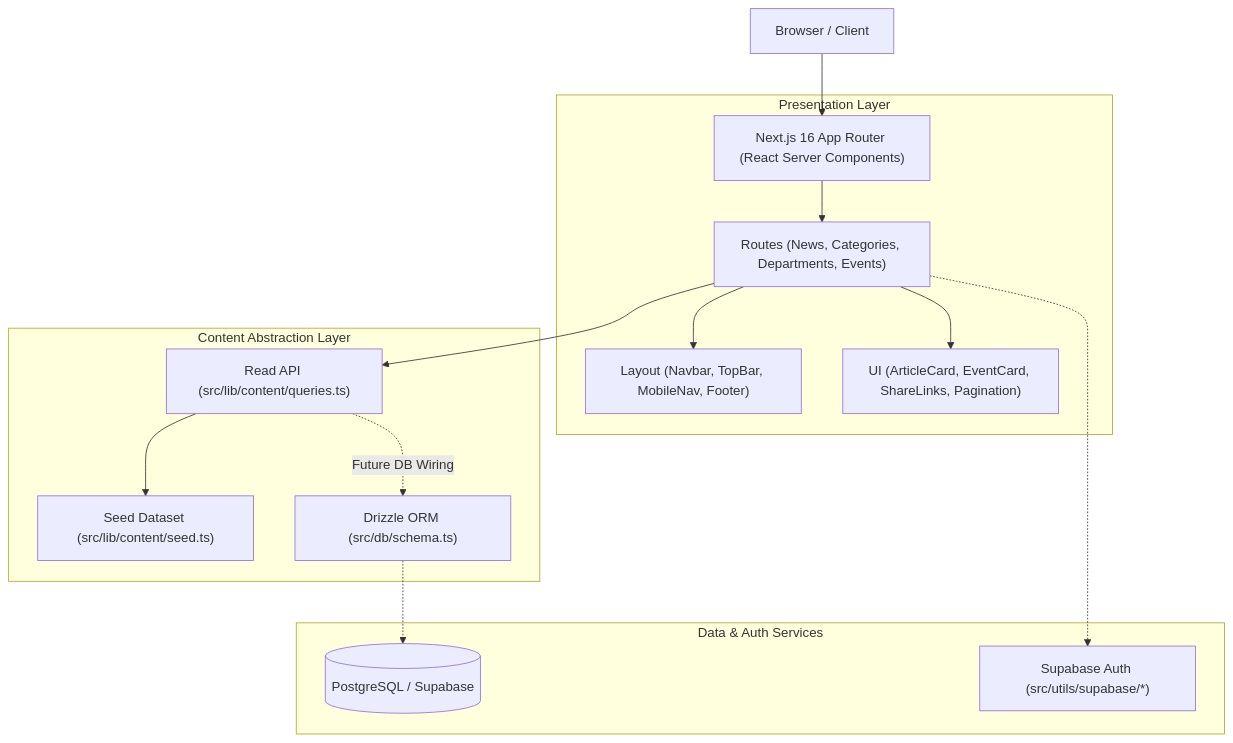
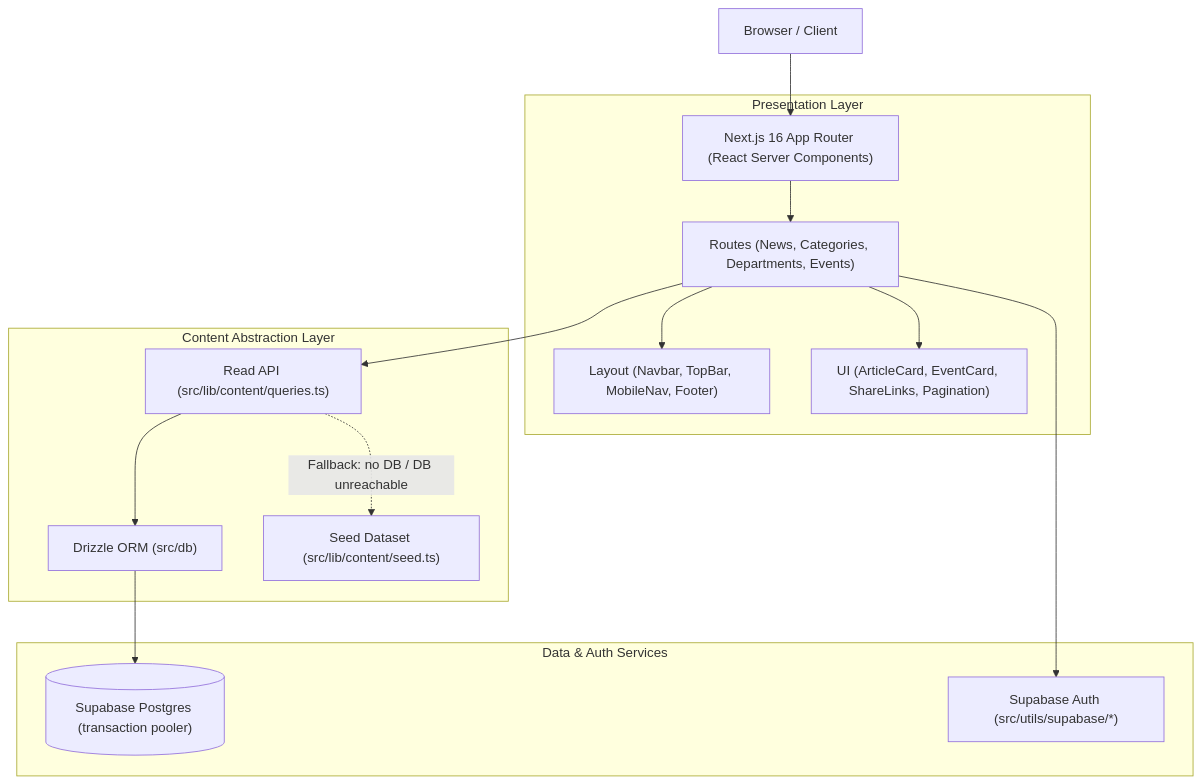
One commit to TLE84/SCHOOL-PROJECT changed the diagram in README.md. Above: the diagram before and after it, drawn with Mermaid. The commit also changed other lines of this file and 53 other files, not shown here.

````diff
--- a/README.md
+++ b/README.md
@@ -67,21 +80,21 @@
 ```mermaid
 graph TD
     Client["Browser / Client"] --> NextApp["Next.js 16 App Router (React Server Components)"]
     
     subgraph Presentation ["Presentation Layer"]
         NextApp --> Pages["Routes (News, Categories, Departments, Events)"]
         Pages --> LayoutComp["Layout (Navbar, TopBar, MobileNav, Footer)"]
         Pages --> UIComp["UI (ArticleCard, EventCard, ShareLinks, Pagination)"]
     end
     
     subgraph ContentLayer ["Content Abstraction Layer"]
         Pages --> QueryAPI["Read API (src/lib/content/queries.ts)"]
-        QueryAPI --> SeedData["Seed Dataset (src/lib/content/seed.ts)"]
-        QueryAPI -. "Future DB Wiring" .-> DrizzleORM["Drizzle ORM (src/db/schema.ts)"]
+        QueryAPI --> DrizzleORM["Drizzle ORM (src/db)"]
+        QueryAPI -. "Fallback: no DB / DB unreachable" .-> SeedData["Seed Dataset (src/lib/content/seed.ts)"]
     end
 
     subgraph DataLayer ["Data & Auth Services"]
-        DrizzleORM -.-> Postgres[("PostgreSQL / Supabase")]
-        Pages -.-> SupabaseAuth["Supabase Auth (src/utils/supabase/*)"]
+        DrizzleORM --> Postgres[("Supabase Postgres (transaction pooler)")]
+        Pages --> SupabaseAuth["Supabase Auth (src/utils/supabase/*)"]
     end
 ```
````
